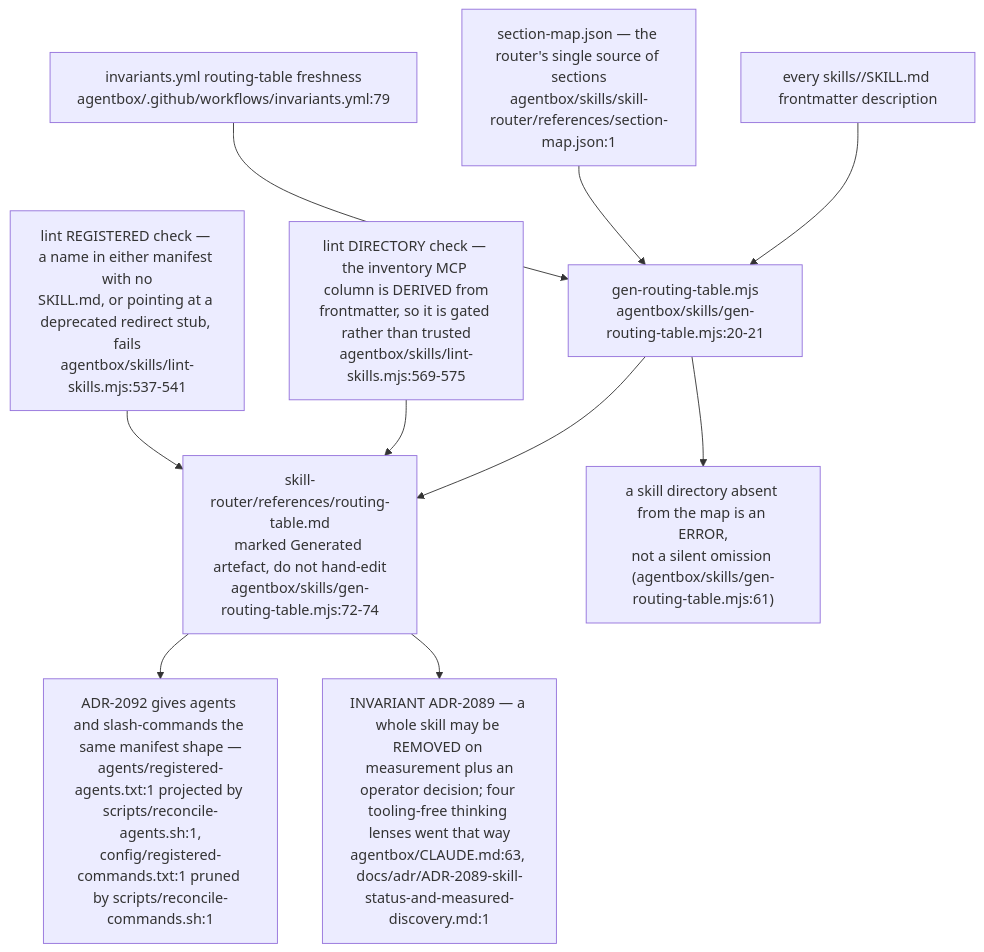
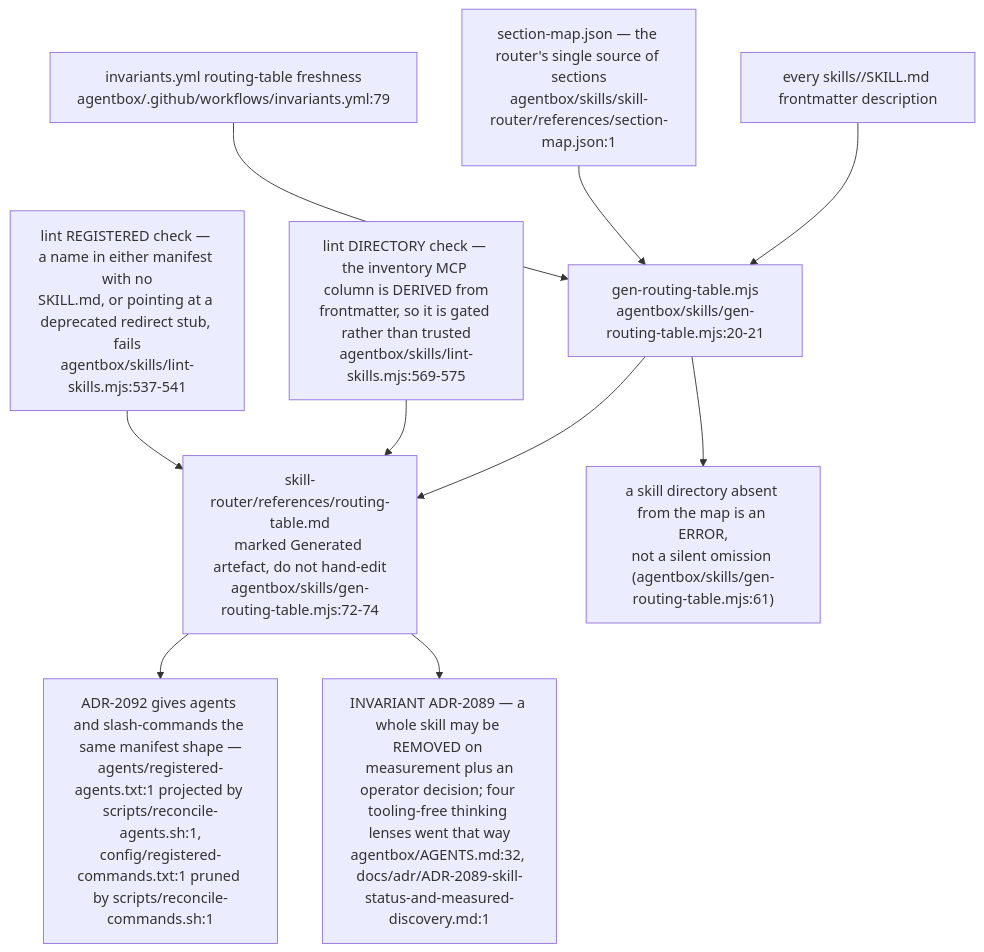
Diagram 12 of 12 in docs/diagrams/agentbox/22-skills-and-routing.md (DreamLab-AI/VisionFlow), drawn with Mermaid before and after one commit. The commit also changed other lines of this file and 136 other files, not shown here.

First line of the commit message:
docs(diagrams): refresh the whole corpus to code HEAD and prune low-value diagrams

````diff
--- a/docs/diagrams/agentbox/22-skills-and-routing.md
+++ b/docs/diagrams/agentbox/22-skills-and-routing.md
@@ -505,12 +504,12 @@
 ```mermaid
 flowchart TB
     FM["every skills/<name>/SKILL.md frontmatter description"] --> GEN["gen-routing-table.mjs<br/>agentbox/skills/gen-routing-table.mjs:20-21"]
     MAP["section-map.json — the router's single source of sections<br/>agentbox/skills/skill-router/references/section-map.json:1"] --> GEN
     GEN --> OUT["skill-router/references/routing-table.md<br/>marked Generated artefact, do not hand-edit<br/>agentbox/skills/gen-routing-table.mjs:72-74"]
     GEN --> MISS["a skill directory absent from the map is an ERROR,<br/>not a silent omission (agentbox/skills/gen-routing-table.mjs:61)"]
     CI["invariants.yml routing-table freshness<br/>agentbox/.github/workflows/invariants.yml:79"] --> GEN
     DIRC["lint DIRECTORY check — the inventory MCP column is DERIVED from<br/>frontmatter, so it is gated rather than trusted<br/>agentbox/skills/lint-skills.mjs:569-575"] --> OUT
     REGC["lint REGISTERED check — a name in either manifest with no<br/>SKILL.md, or pointing at a deprecated redirect stub, fails<br/>agentbox/skills/lint-skills.mjs:537-541"] --> OUT
     OUT --> AG["ADR-2092 gives agents and slash-commands the same manifest shape —<br/>agents/registered-agents.txt:1 projected by scripts/reconcile-agents.sh:1,<br/>config/registered-commands.txt:1 pruned by scripts/reconcile-commands.sh:1"]
-    OUT --> RM["INVARIANT ADR-2089 — a whole skill may be REMOVED on measurement plus an<br/>operator decision; four tooling-free thinking lenses went that way<br/>agentbox/CLAUDE.md:63, docs/adr/ADR-2089-skill-status-and-measured-discovery.md:1"]
+    OUT --> RM["INVARIANT ADR-2089 — a whole skill may be REMOVED on measurement plus an<br/>operator decision; four tooling-free thinking lenses went that way<br/>agentbox/AGENTS.md:32, docs/adr/ADR-2089-skill-status-and-measured-discovery.md:1"]
 ```
````
